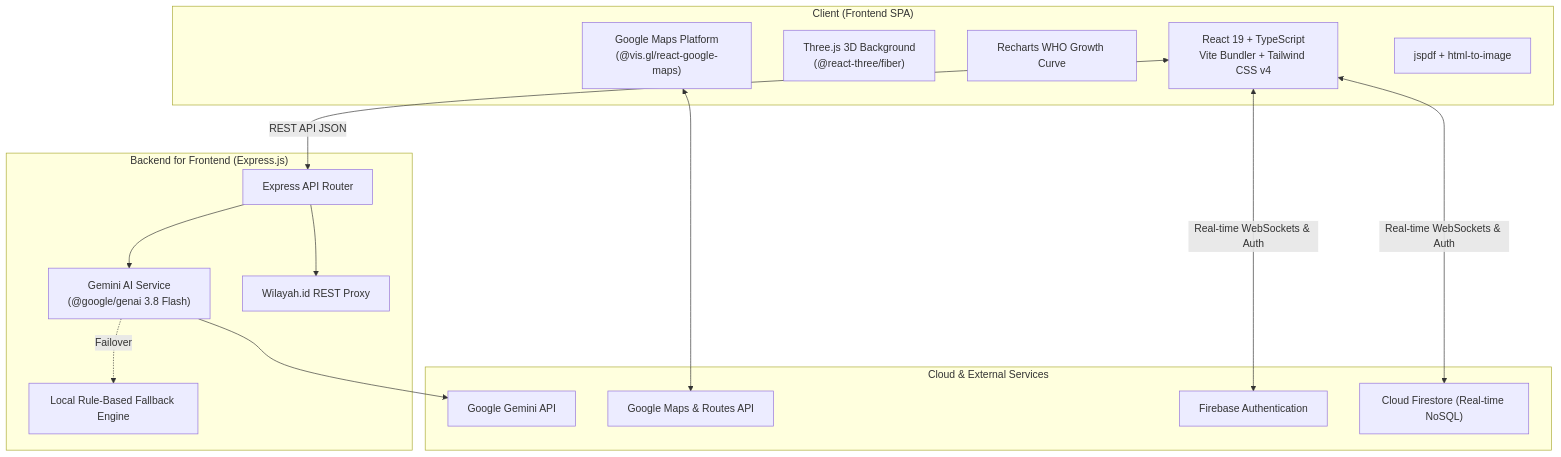
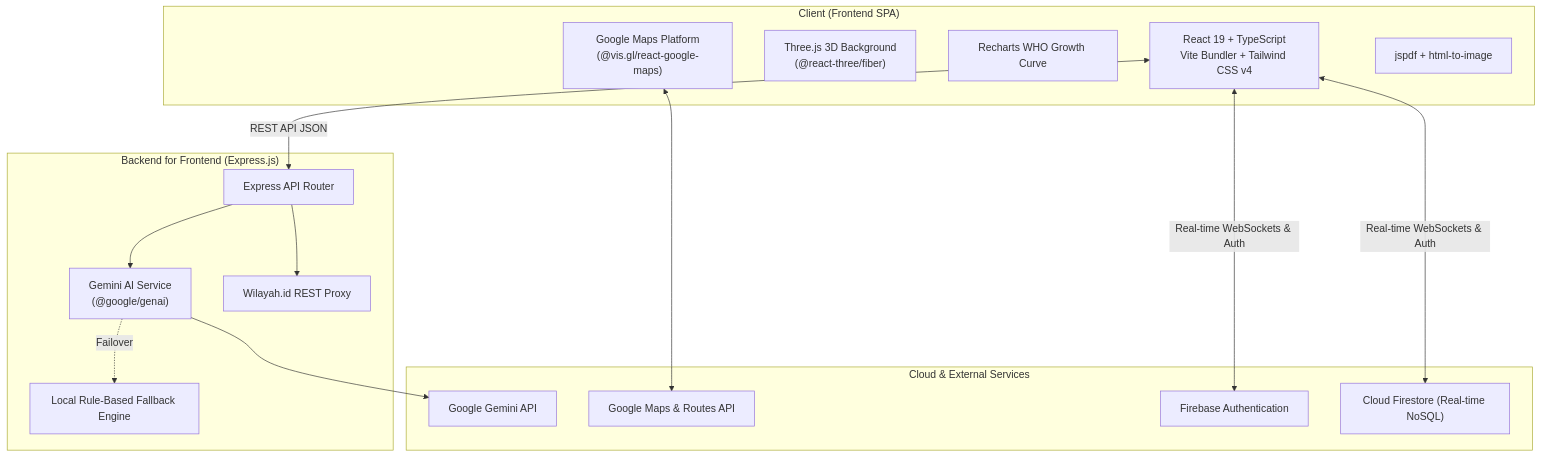
One commit to airlanggapradana/kindo changed the first of 2 diagrams in README.md. Above: the diagram before and after it, drawn with Mermaid. The commit also changed other lines of this file and 59 other files, not shown here.

````diff
--- a/README.md
+++ b/README.md
@@ -115,32 +115,32 @@
 ```mermaid
 flowchart TD
     subgraph Client ["Client (Frontend SPA)"]
         SPA["React 19 + TypeScript\nVite Bundler + Tailwind CSS v4"]
         ThreeCanvas["Three.js 3D Background\n(@react-three/fiber)"]
         Charts["Recharts WHO Growth Curve"]
         MapEngine["Google Maps Platform\n(@vis.gl/react-google-maps)"]
         PDF["jspdf + html-to-image"]
     end
 
     subgraph BFF ["Backend for Frontend (Express.js)"]
         Router["Express API Router"]
-        AIEngine["Gemini AI Service\n(@google/genai 3.8 Flash)"]
+        AIEngine["Gemini AI Service\n(@google/genai)"]
         LocalEngine["Local Rule-Based Fallback Engine"]
         WilayahProxy["Wilayah.id REST Proxy"]
     end
 
     subgraph Cloud ["Cloud & External Services"]
         GeminiAPI["Google Gemini API"]
         MapsAPI["Google Maps & Routes API"]
         FirebaseAuth["Firebase Authentication"]
         FirestoreDB["Cloud Firestore (Real-time NoSQL)"]
     end
 
     SPA <-->|REST API JSON| Router
     Router --> AIEngine
     AIEngine --> GeminiAPI
     AIEngine -.->|Failover| LocalEngine
     Router --> WilayahProxy
     SPA <-->|Real-time WebSockets & Auth| FirebaseAuth & FirestoreDB
     MapEngine <--> MapsAPI
 ```
````
